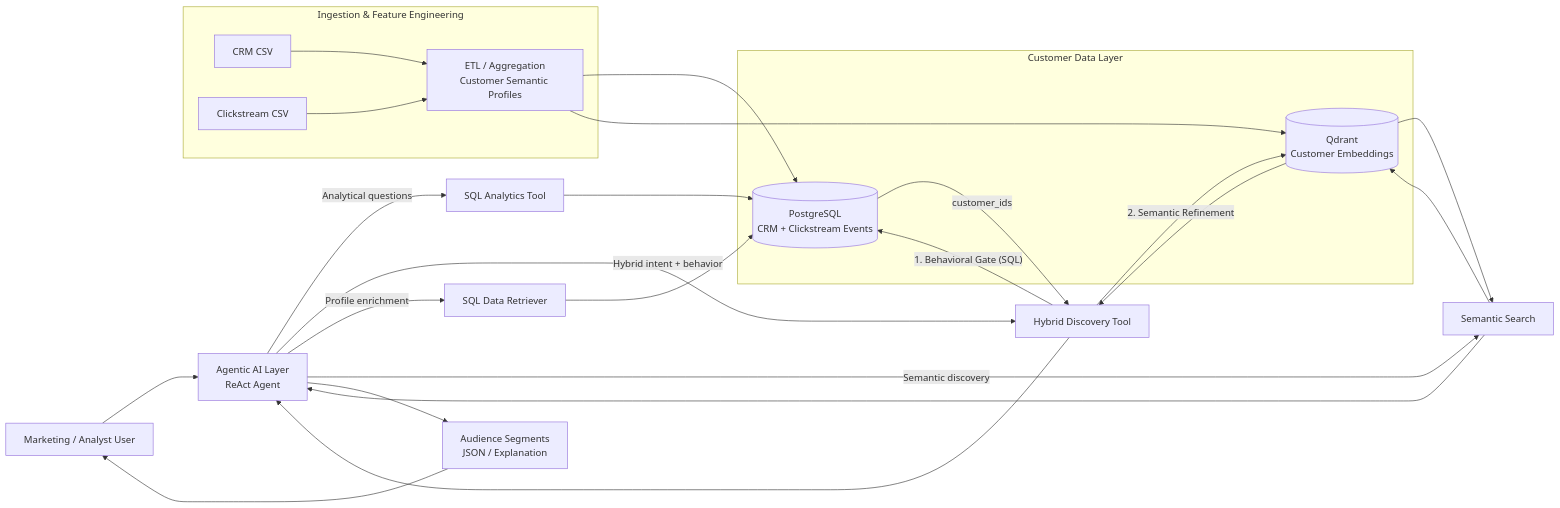
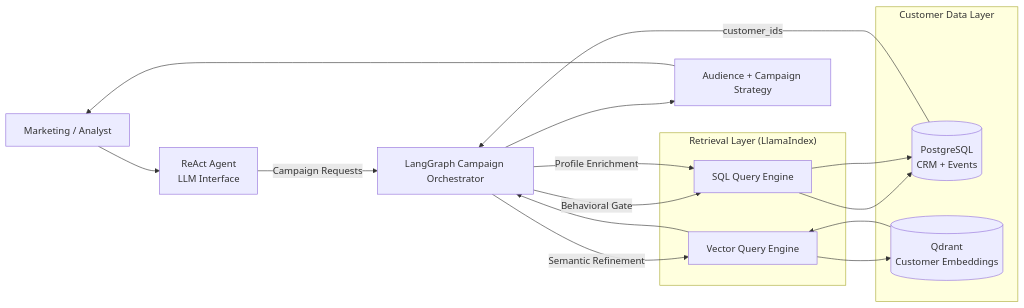
Before and after one commit to rgoldberg-personal/agentic-cdp-demo: the first of 2 diagrams in README.md, drawn with Mermaid. The commit also changed other lines of this file and 12 other files, not shown here.

````diff
--- a/README.md
+++ b/README.md
@@ -1,81 +21,37 @@
 ```mermaid
 flowchart LR
 
-%% =====================
-%% User & Agent Layer
-%% =====================
+U[Marketing / Analyst]
 
-U[Marketing / Analyst User]
+A[ReAct Agent<br/>LLM Interface]
 
-A[Agentic AI Layer<br/>ReAct Agent]
+LG[LangGraph Campaign Orchestrator]
+
+subgraph RET["Retrieval Layer (LlamaIndex)"]
+    SQLENG[SQL Query Engine]
+    VECENG[Vector Query Engine]
+end
+
+subgraph CDL["Customer Data Layer"]
+    PG[(PostgreSQL<br/>CRM + Events)]
+    QD[(Qdrant<br/>Customer Embeddings)]
+end
 
 U --> A
+A -->|Campaign Requests| LG
 
-%% =====================
-%% Orchestration
-%% =====================
+LG -->|Behavioral Gate| SQLENG
+SQLENG --> PG
+PG -->|customer_ids| LG
 
-A -->|Analytical questions| SQL_TOOL[SQL Analytics Tool]
-A -->|Hybrid intent + behavior| HYBRID_TOOL[Hybrid Discovery Tool]
-A -->|Profile enrichment| PROFILE_TOOL[SQL Data Retriever]
+LG -->|Semantic Refinement| VECENG
+VECENG --> QD
+QD --> VECENG
+VECENG --> LG
 
-%% =====================
-%% Customer Data Layer
-%% =====================
+LG -->|Profile Enrichment| SQLENG
+SQLENG --> PG
 
-subgraph CDL["Customer Data Layer"]
-
-PG[(PostgreSQL<br/>CRM + Clickstream Events)]
-QD[(Qdrant<br/>Customer Embeddings)]
-
-end
-
-SQL_TOOL --> PG
-PROFILE_TOOL --> PG
-
-%% =====================
-%% True Hybrid Fusion
-%% =====================
-
-HYBRID_TOOL -->|"1. Behavioral Gate (SQL)"| PG
-PG -->|customer_ids| HYBRID_TOOL
-HYBRID_TOOL -->|"2. Semantic Refinement"| QD
-
-QD --> HYBRID_TOOL
-HYBRID_TOOL --> A
-
-%% =====================
-%% Vector Only Discovery
-%% =====================
-
-A -->|Semantic discovery| VECTOR_TOOL[Semantic Search]
-VECTOR_TOOL --> QD
-QD --> VECTOR_TOOL
-VECTOR_TOOL --> A
-
-%% =====================
-%% Ingestion Pipeline
-%% =====================
-
-subgraph INGEST["Ingestion & Feature Engineering"]
-
-CRM[CRM CSV]
-CLICK[Clickstream CSV]
-
-ETL[ETL / Aggregation<br/>Customer Semantic Profiles]
-
-CRM --> ETL
-CLICK --> ETL
-
-ETL --> PG
-ETL --> QD
-
-end
-
-%% =====================
-%% Output
-%% =====================
-
-A --> RESULT[Audience Segments<br/>JSON / Explanation]
-RESULT --> U
+LG --> OUT[Audience + Campaign Strategy]
+OUT --> U
 ```
````
